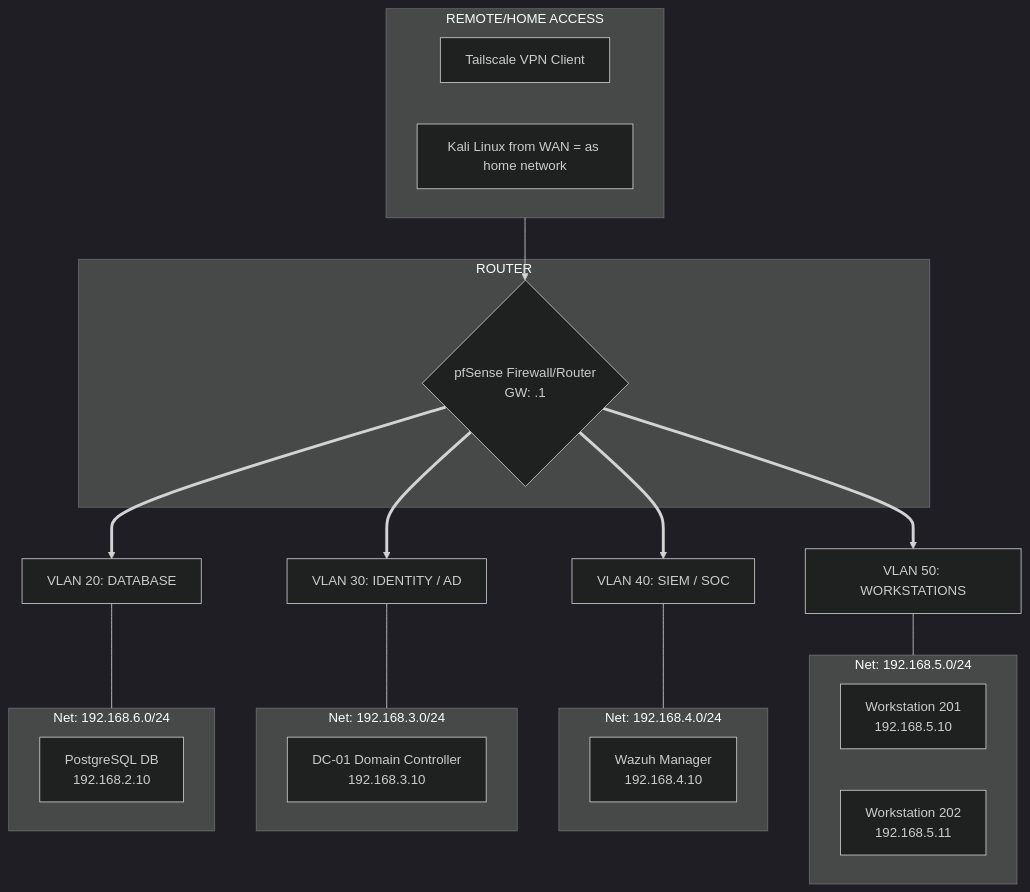
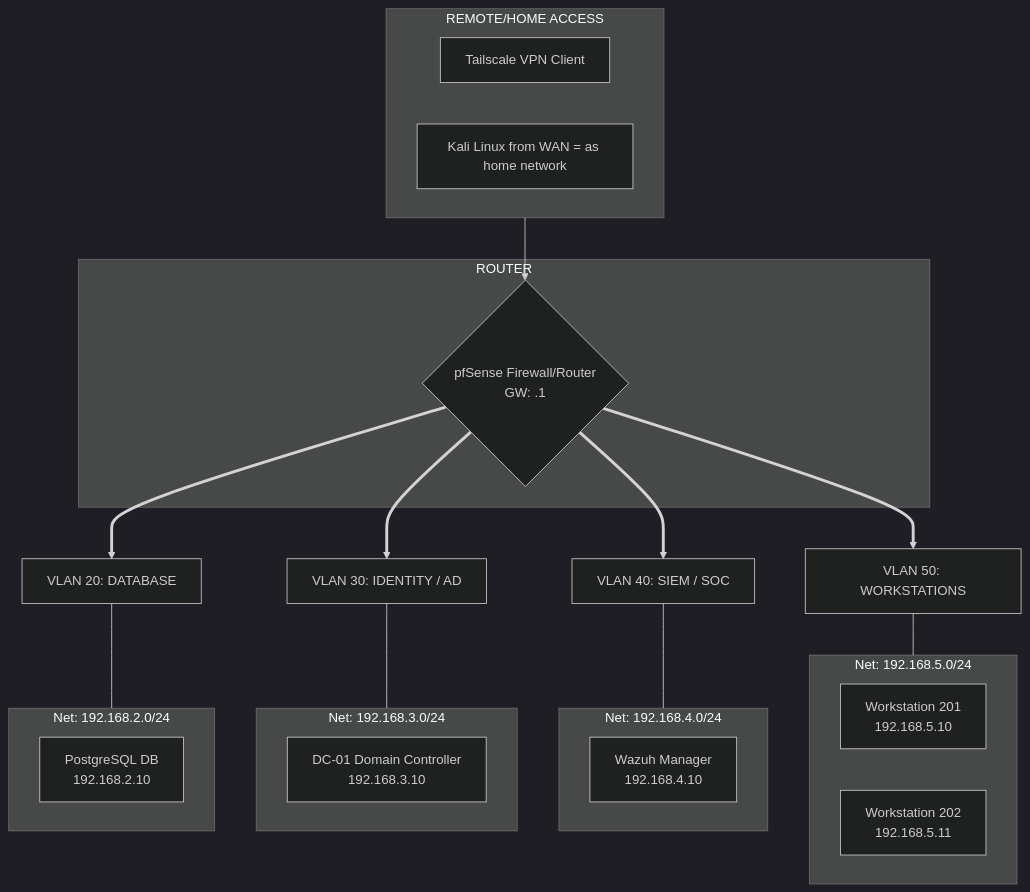
The diagram in Network_Topology.md (mdud7/Server-Infrastructure-Doc), drawn with Mermaid (dark theme) before and after one commit.

Commit message:
Network_Topology updated with new completed vlan segmentation and added readme

````diff
--- a/Network_Topology.md
+++ b/Network_Topology.md
@@ -29,40 +29,40 @@
 ```mermaid
 graph TD
 subgraph Access_Layer [REMOTE/HOME ACCESS]
 direction LR
 Remote[Tailscale VPN Client]
 Kali[Kali Linux from WAN = as home network]
 end
 Access_Layer --> pfSense
 
 subgraph Gateway_Layer [ROUTER]
     pfSense{pfSense Firewall/Router <br/> GW: .1}
 end
 
 pfSense ==> V20[VLAN 20: DATABASE]
 pfSense ==> V30[VLAN 30: IDENTITY / AD]
 pfSense ==> V40[VLAN 40: SIEM / SOC]
 pfSense ==> V10[VLAN 50: WORKSTATIONS]
 
 subgraph Segment_10 [Net: 192.168.5.0/24]
     WK1[Workstation 201 <br/> 192.168.5.10]
     WK2[Workstation 202 <br/> 192.168.5.11]
 end
 
-subgraph Segment_20 [Net: 192.168.6.0/24]
+subgraph Segment_20 [Net: 192.168.2.0/24]
     Postgres[PostgreSQL DB <br/> 192.168.2.10]
 end
 
 subgraph Segment_30 [Net: 192.168.3.0/24]
     DC[DC-01 Domain Controller <br/> 192.168.3.10]
 end
 
 subgraph Segment_40 [Net: 192.168.4.0/24]
     Wazuh[Wazuh Manager <br/> 192.168.4.10]
 end
 
 V10 --- Segment_10
 V20 --- Segment_20
 V30 --- Segment_30
 V40 --- Segment_40
 ```
````
